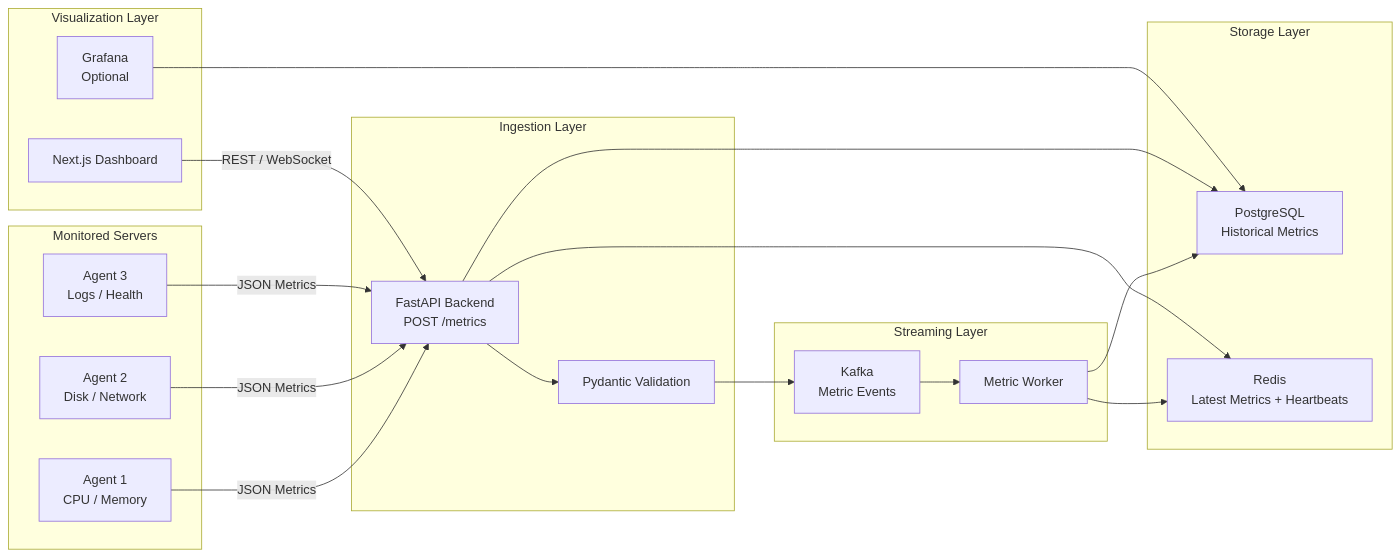
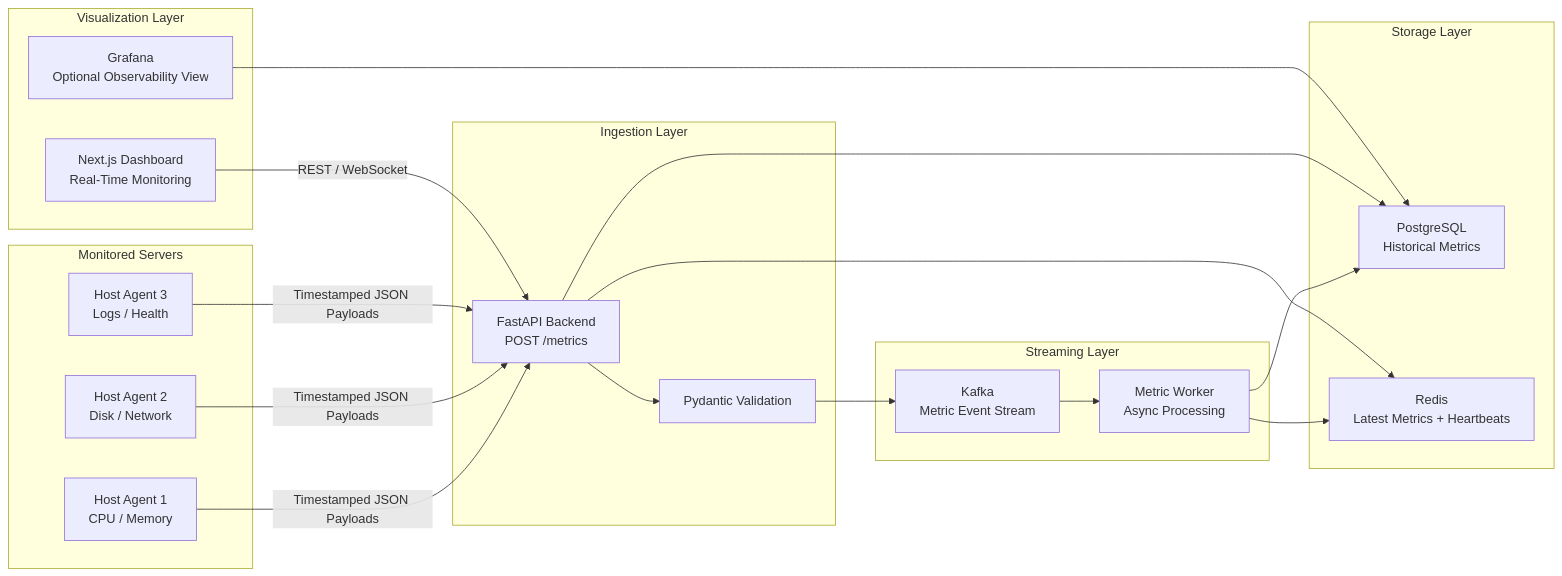
The first of 3 diagrams in README.md (austin-stanley-hinson/PulseGrid), drawn with Mermaid before and after one commit. The commit also changed other lines of this file, not shown here.

Commit message:
Update README with completed architecture overview

````diff
--- a/README.md
+++ b/README.md
@@ -41,43 +33,45 @@
 ```mermaid
 flowchart LR
     subgraph Servers["Monitored Servers"]
-        A1["Agent 1<br/>CPU / Memory"]
-        A2["Agent 2<br/>Disk / Network"]
-        A3["Agent 3<br/>Logs / Health"]
+        A1["Host Agent 1<br/>CPU / Memory"]
+        A2["Host Agent 2<br/>Disk / Network"]
+        A3["Host Agent 3<br/>Logs / Health"]
     end
 
     subgraph Ingestion["Ingestion Layer"]
         API["FastAPI Backend<br/>POST /metrics"]
         Validator["Pydantic Validation"]
     end
 
-    subgraph Stream["Streaming Layer"]
-        Kafka["Kafka<br/>Metric Events"]
-        Worker["Metric Worker"]
+    subgraph Streaming["Streaming Layer"]
+        Kafka["Kafka<br/>Metric Event Stream"]
+        Worker["Metric Worker<br/>Async Processing"]
     end
 
     subgraph Storage["Storage Layer"]
         Postgres["PostgreSQL<br/>Historical Metrics"]
         Redis["Redis<br/>Latest Metrics + Heartbeats"]
     end
 
     subgraph Visualization["Visualization Layer"]
-        Dashboard["Next.js Dashboard"]
-        Grafana["Grafana<br/>Optional"]
+        Dashboard["Next.js Dashboard<br/>Real-Time Monitoring"]
+        Grafana["Grafana<br/>Optional Observability View"]
     end
 
-    A1 -->|"JSON Metrics"| API
-    A2 -->|"JSON Metrics"| API
-    A3 -->|"JSON Metrics"| API
+    A1 -->|"Timestamped JSON Payloads"| API
+    A2 -->|"Timestamped JSON Payloads"| API
+    A3 -->|"Timestamped JSON Payloads"| API
 
     API --> Validator
     Validator --> Kafka
     Kafka --> Worker
+
     Worker --> Postgres
     Worker --> Redis
 
     Dashboard -->|"REST / WebSocket"| API
     API --> Postgres
     API --> Redis
+
     Grafana --> Postgres
 ```
````
